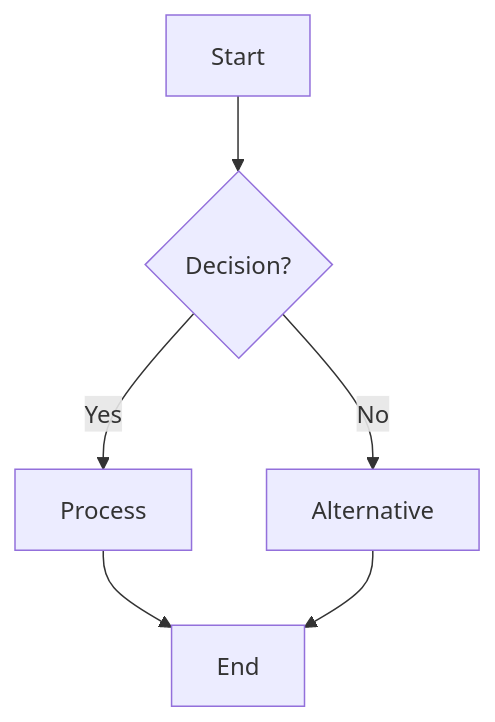
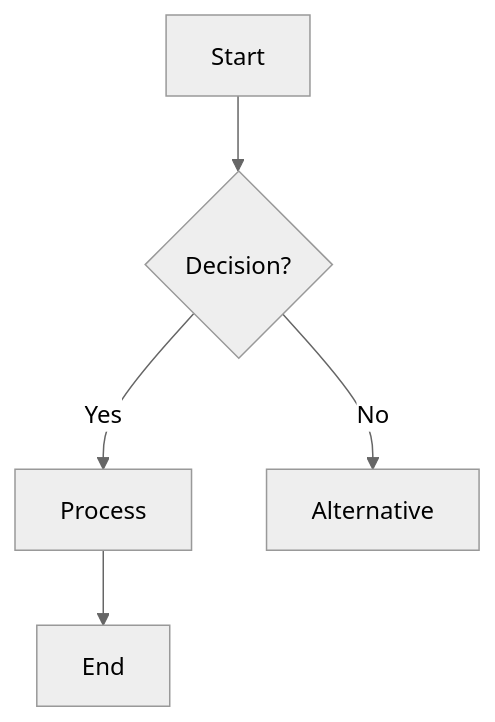
Before and after one commit to mgourlis/pydomain: the first of 4 diagrams in .claude/skills/diagramming/references/mermaid.md, drawn with Mermaid. The commit also changed other lines of this file and 30 other files, not shown here.

````diff
--- a/.claude/skills/diagramming/references/mermaid.md
+++ b/.claude/skills/diagramming/references/mermaid.md
@@ -50,8 +19,9 @@
 ```mermaid
+%%{init: {'theme': 'neutral'}}%%
 flowchart TD
     A[Start] --> B{Decision?}
     B -->|Yes| C[Process]
     B -->|No| D[Alternative]
     C --> E[End]
-    D --> E
+
 ```
````
